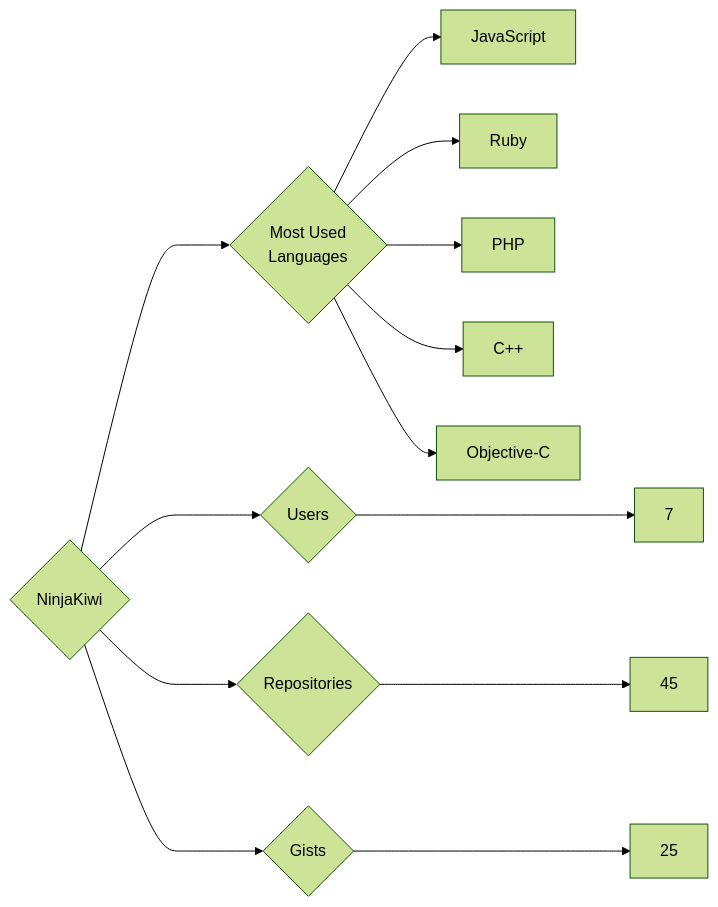
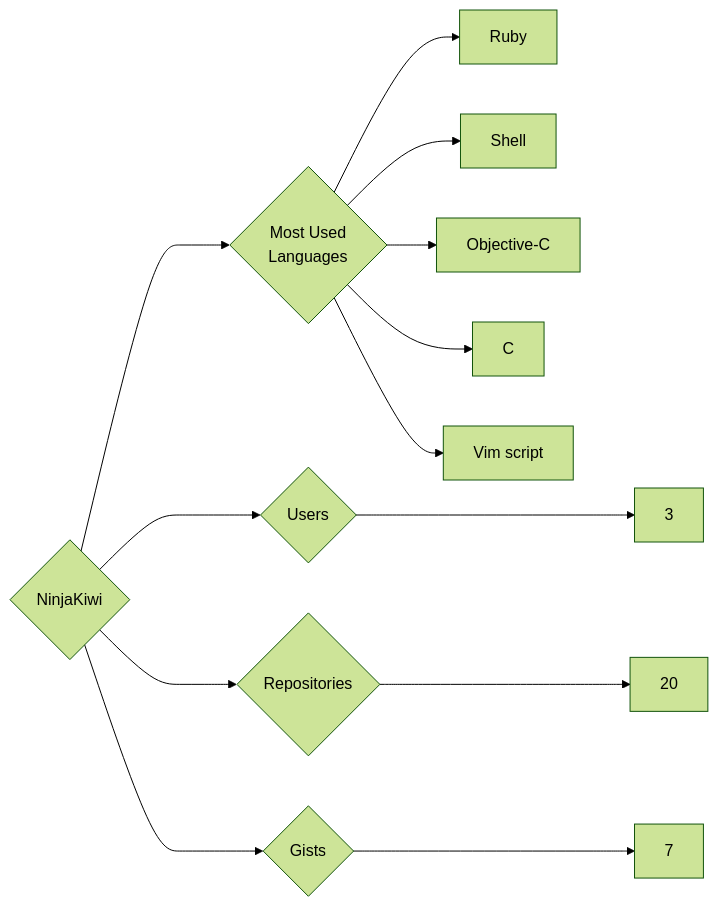
Before and after one commit to trickest/insiders: the diagram in targets/NinjaKiwi/README.md, drawn with Mermaid (forest theme). The commit also changed 1011 other files, not shown here.

````diff
--- a/targets/NinjaKiwi/README.md
+++ b/targets/NinjaKiwi/README.md
@@ -3,13 +3,13 @@
 ```mermaid
 graph LR
 COMPANY_NAME{NinjaKiwi}
-COMPANY_NAME ---> U{Users} ---> UN[7]
-COMPANY_NAME ---> R{Repositories} ---> RN[45]
-COMPANY_NAME ---> G{Gists} ---> GN[25]
+COMPANY_NAME ---> U{Users} ---> UN[3]
+COMPANY_NAME ---> R{Repositories} ---> RN[20]
+COMPANY_NAME ---> G{Gists} ---> GN[7]
 COMPANY_NAME ---> ML{Most Used<br>Languages}
-ML --> JavaScript[JavaScript]
 ML --> Ruby[Ruby]
-ML --> PHP[PHP]
-ML --> C++[C++]
+ML --> Shell[Shell]
 ML --> Objective-C[Objective-C]
+ML --> C[C]
+ML --> Vim_script[Vim script]
 ```
````
